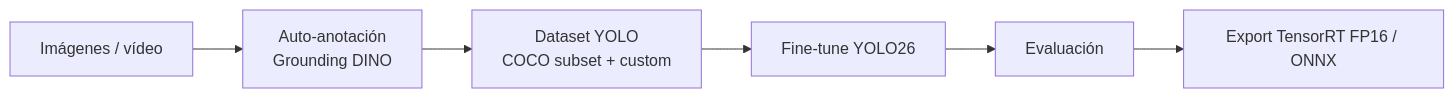
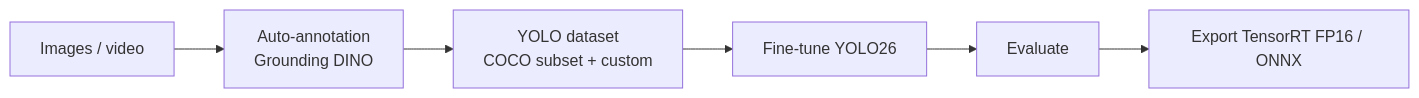
Before and after one commit to robertteleng/vision-fine-tuning: the diagram in README.md, drawn with Mermaid. The commit also changed other lines of this file and 2 other files, not shown here.

````diff
--- a/README.md
+++ b/README.md
@@ -21,8 +23,8 @@
 ```mermaid
 flowchart LR
-    A[Imágenes / vídeo] --> B[Auto-anotación<br/>Grounding DINO]
-    B --> C[Dataset YOLO<br/>COCO subset + custom]
+    A[Images / video] --> B[Auto-annotation<br/>Grounding DINO]
+    B --> C[YOLO dataset<br/>COCO subset + custom]
     C --> D[Fine-tune YOLO26]
-    D --> E[Evaluación]
+    D --> E[Evaluate]
     E --> F[Export TensorRT FP16 / ONNX]
 ```
````
